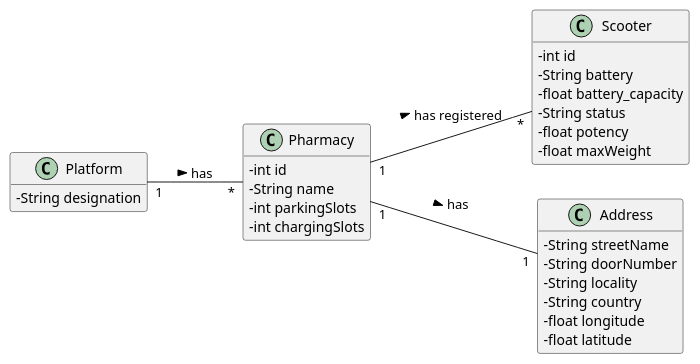
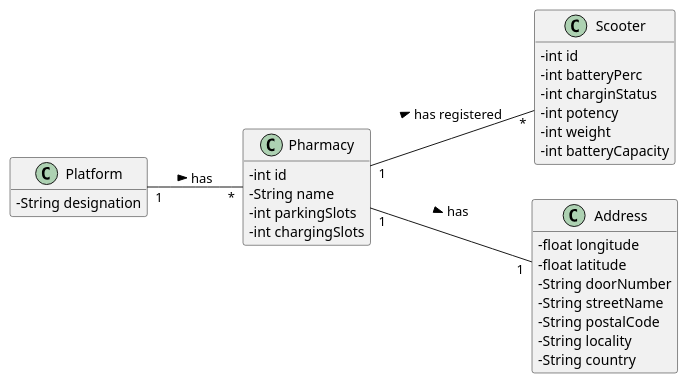
The diagram in docs/Iteration 1/Scooter Management/US21_RegisterScooter/US21_DM.puml (tiagoavcosta25/LAPR3), drawn with PlantUML before and after one commit. The commit also changed 1 other file, not shown here.

```diff
--- a/docs/Iteration 1/Scooter Management/US21_RegisterScooter/US21_DM.puml
+++ b/docs/Iteration 1/Scooter Management/US21_RegisterScooter/US21_DM.puml
@@ -1,40 +1,41 @@
 @startuml
 skinparam classAttributeIconSize 0
 hide methods
 left to right direction
 
 class Platform {
   -String designation
 }
 
 class Pharmacy {
   -int id
   -String name
   -int parkingSlots
   -int chargingSlots
 }
 
 class Scooter{
   -int id
-  -String battery
-  -float battery_capacity
-  -String status
-  -float potency
-  -float maxWeight
+  -int batteryPerc
+  -int charginStatus
+  -int potency
+  -int weight
+  -int batteryCapacity
 }
 
 class Address{
+  -float longitude
+  -float latitude
+  -String doorNumber
   -String streetName
-  -String doorNumber
+  -String postalCode
   -String locality
   -String country
-  -float longitude
-  -float latitude
 }
 
 
 
 Platform "1" -- "*" Pharmacy : has >
 Pharmacy "1" -- "*" Scooter : has registered >
 Pharmacy "1" -- "1" Address : has >
 @enduml
```
